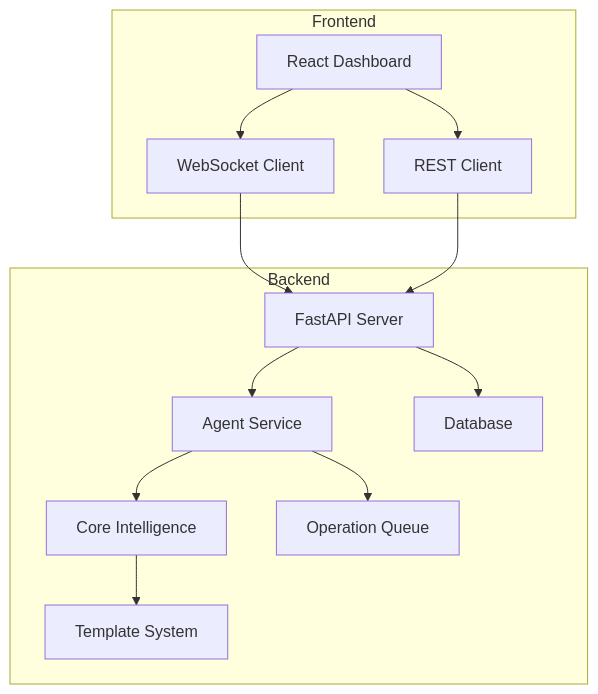
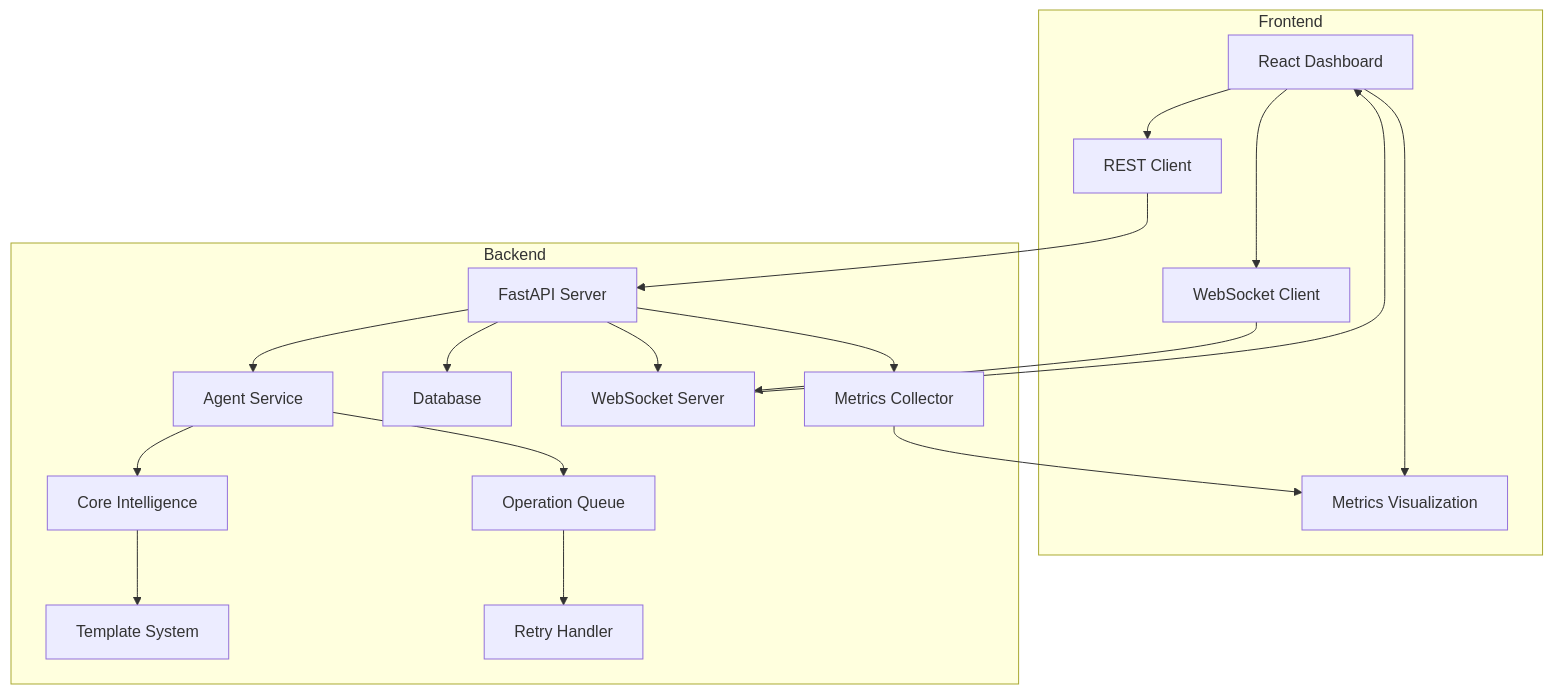
One commit to tony-42069/ai-staff-dev-agent changed the diagram in docs/technical_guide.md. Above: the diagram before and after it, drawn with Mermaid. The commit also changed other lines of this file and 8 other files, not shown here.

````diff
--- a/docs/technical_guide.md
+++ b/docs/technical_guide.md
@@ -7,18 +7,24 @@
 ```mermaid
 graph TD
     subgraph Frontend
         A[React Dashboard] --> B[WebSocket Client]
         A --> C[REST Client]
+        A --> M[Metrics Visualization]
     end
     
     subgraph Backend
         D[FastAPI Server] --> E[Agent Service]
         E --> F[Core Intelligence]
         F --> G[Template System]
         D --> H[Database]
         E --> I[Operation Queue]
+        I --> J[Retry Handler]
+        D --> K[WebSocket Server]
+        D --> L[Metrics Collector]
     end
     
-    B --> D
+    B --> K
     C --> D
+    K --> A
+    L --> M
 ```
````
